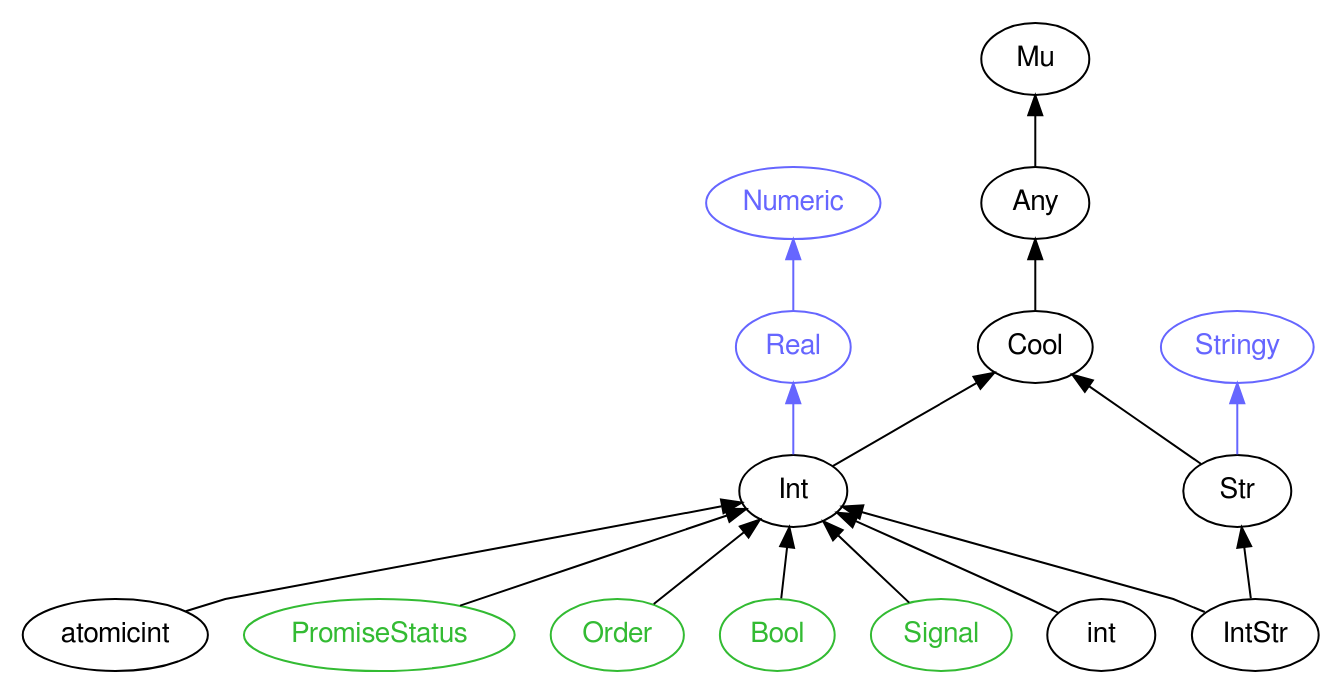
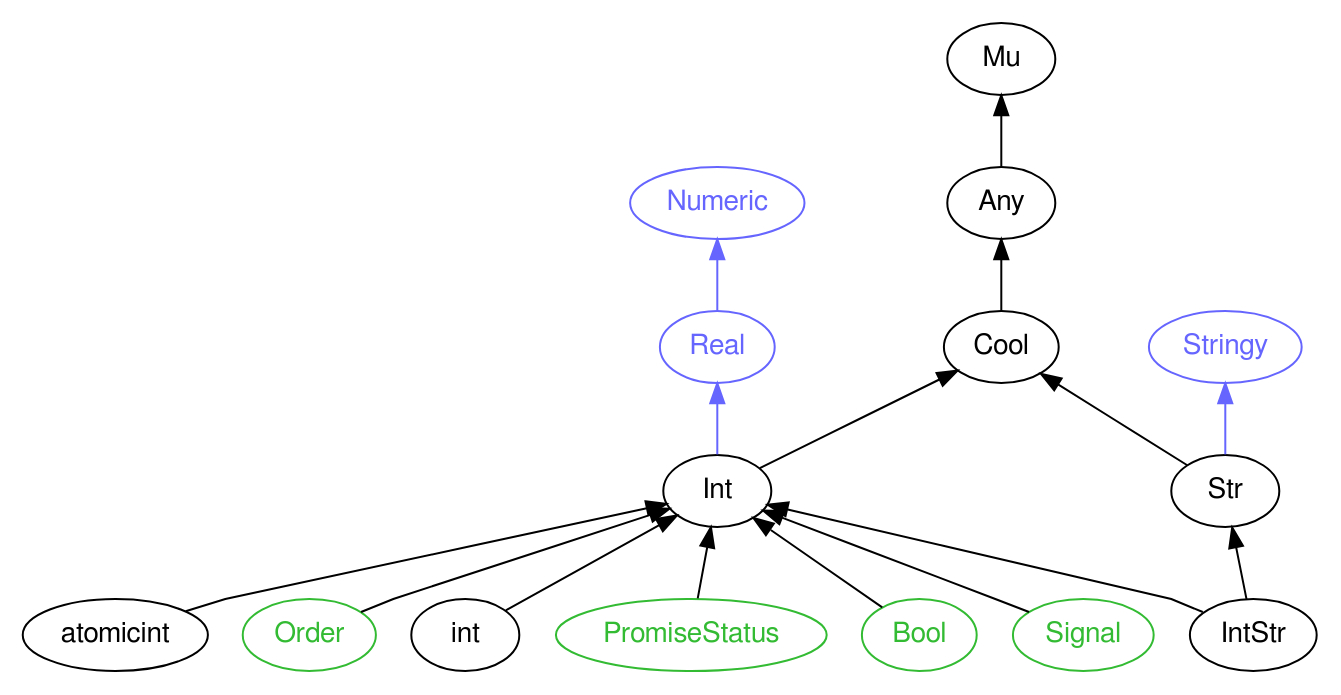
One commit to perl6docs/perl6docs.github.io changed the diagram in images/type-graph-Int.svg.dot. Above: the diagram before and after it, drawn with Graphviz. The commit also changed other lines of this file and 4371 other files, not shown here.

```diff
--- a/images/type-graph-Int.svg.dot
+++ b/images/type-graph-Int.svg.dot
@@ -1,40 +1,40 @@
 digraph "perl6-type-graph" {
     rankdir=BT;
     splines=polyline;
     overlap=false; 
     // Types
     "Int" [color="#000000", fontcolor="#000000", href="/type/Int", fontname="FreeSans"];
     "Mu" [color="#000000", fontcolor="#000000", href="/type/Mu", fontname="FreeSans"];
     "Any" [color="#000000", fontcolor="#000000", href="/type/Any", fontname="FreeSans"];
     "Cool" [color="#000000", fontcolor="#000000", href="/type/Cool", fontname="FreeSans"];
     "Numeric" [color="#6666FF", fontcolor="#6666FF", href="/type/Numeric", fontname="FreeSans"];
     "Real" [color="#6666FF", fontcolor="#6666FF", href="/type/Real", fontname="FreeSans"];
-    "atomicint" [color="#000000", fontcolor="#000000", href="/type/atomicint", fontname="FreeSans"];
     "Stringy" [color="#6666FF", fontcolor="#6666FF", href="/type/Stringy", fontname="FreeSans"];
     "Str" [color="#000000", fontcolor="#000000", href="/type/Str", fontname="FreeSans"];
     "IntStr" [color="#000000", fontcolor="#000000", href="/type/IntStr", fontname="FreeSans"];
+    "atomicint" [color="#000000", fontcolor="#000000", href="/type/atomicint", fontname="FreeSans"];
+    "Order" [color="#33BB33", fontcolor="#33BB33", href="/type/Order", fontname="FreeSans"];
+    "int" [color="#000000", fontcolor="#000000", href="/type/int", fontname="FreeSans"];
     "PromiseStatus" [color="#33BB33", fontcolor="#33BB33", href="/type/PromiseStatus", fontname="FreeSans"];
-    "Order" [color="#33BB33", fontcolor="#33BB33", href="/type/Order", fontname="FreeSans"];
     "Bool" [color="#33BB33", fontcolor="#33BB33", href="/type/Bool", fontname="FreeSans"];
     "Signal" [color="#33BB33", fontcolor="#33BB33", href="/type/Signal", fontname="FreeSans"];
-    "int" [color="#000000", fontcolor="#000000", href="/type/int", fontname="FreeSans"];
 
     // Superclasses
     "Int" -> "Cool" [color="#000000"];
     "Any" -> "Mu" [color="#000000"];
     "Cool" -> "Any" [color="#000000"];
-    "atomicint" -> "Int" [color="#000000"];
     "Str" -> "Cool" [color="#000000"];
     "IntStr" -> "Int" [color="#000000"];
     "IntStr" -> "Str" [color="#000000"];
+    "atomicint" -> "Int" [color="#000000"];
+    "Order" -> "Int" [color="#000000"];
+    "int" -> "Int" [color="#000000"];
     "PromiseStatus" -> "Int" [color="#000000"];
-    "Order" -> "Int" [color="#000000"];
     "Bool" -> "Int" [color="#000000"];
     "Signal" -> "Int" [color="#000000"];
-    "int" -> "Int" [color="#000000"];
 
     // Roles
     "Int" -> "Real" [color="#6666FF"];
     "Real" -> "Numeric" [color="#6666FF"];
     "Str" -> "Stringy" [color="#6666FF"];
 }
```
